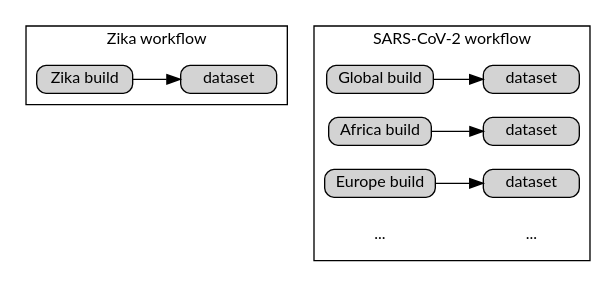
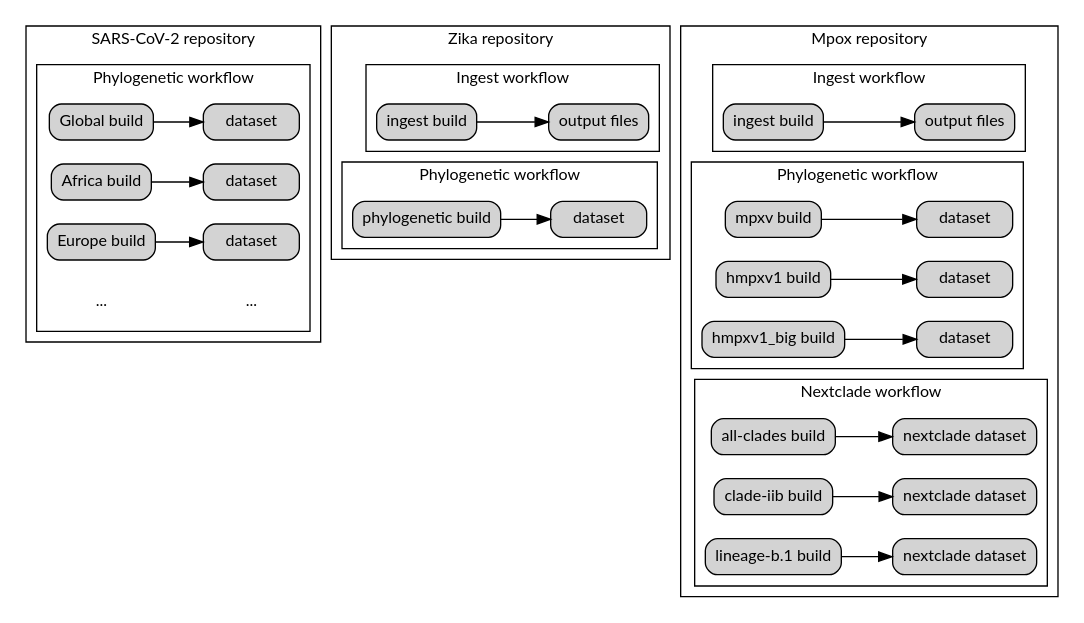
Before and after one commit to nextstrain/docs.nextstrain.org: the fifth of 5 diagrams in src/learn/parts.rst, drawn with Graphviz. The commit also changed other lines of this file and 4 other files, not shown here.

First line of the commit message:
Update glossary and graphviz for repo/workflows

```diff
--- a/src/learn/parts.rst
+++ b/src/learn/parts.rst
@@ -176,7 +185,7 @@
         graph [
             fontname="Lato, 'Helvetica Neue', sans-serif",
             fontsize=12,
-        ]
+        ];
         node [
             shape=box,
             style="rounded, filled",
@@ -184,35 +193,87 @@
             fontsize=12,
             height=0.1,
             colorscheme=paired10,
+            pad=0.1,
+            margin=0.1,
         ];
-        rankdir=LR
+        rankdir=LR;
 
-        subgraph cluster_0 {
-            label = "Zika workflow";
-            build0 [width=1, label="Zika build"]
-            dataset0 [width=1, label="dataset"]
+        subgraph cluster_ncov {
+            label = "SARS-CoV-2 repository";
+            subgraph cluster_ncov_phylo {
+                label = "Phylogenetic workflow";
+                build0 [width=1, label="Global build"];
+                build1 [width=1, label="Africa build"];
+                build2 [width=1, label="Europe build"];
+                output0 [width=1, label="dataset"];
+                output1 [width=1, label="dataset"];
+                output2 [width=1, label="dataset"];
+                ellipses1 [width=1, label="...", penwidth=0, fillcolor="white"];
+                ellipses2 [width=1, label="...", penwidth=0, fillcolor="white"];
+            }
         }
 
-        subgraph cluster_1 {
-            label = "SARS-CoV-2 workflow";
-            build1 [width=1, label="Global build"]
-            build2 [width=1, label="Africa build"]
-            build3 [width=1, label="Europe build"]
-            dataset1 [width=1, label="dataset"]
-            dataset2 [width=1, label="dataset"]
-            dataset3 [width=1, label="dataset"]
-            ellipses1 [width=1, label="...", penwidth=0, fillcolor="white"]
-            ellipses2 [width=1, label="...", penwidth=0, fillcolor="white"]
+        subgraph cluster_zika {
+            label = "Zika repository";
+            nojustify = true;
+            subgraph cluster_zika_ingest {
+                label = "Ingest workflow";
+                build3 [width=1, label="ingest build"];
+                output3 [width=1, label="output files"];
+            }
+            subgraph cluster_zika_phylo {
+                label = "Phylogenetic workflow";
+                build4 [width=1, label="phylogenetic build"];
+                output4 [width=1, label="dataset"];
+            }
         }
 
-        build0 -> dataset0
-        build1 -> dataset1
-        build2 -> dataset2
-        build3 -> dataset3
+        subgraph cluster_mpox {
+            label = "Mpox repository";
+            subgraph cluster_mpox_ingest {
+                label = "Ingest workflow";
+                build5 [width=1, label="ingest build"];
+                output5 [width=1, label="output files"];
+            }
+            subgraph cluster_mpox_phylo {
+                label = "Phylogenetic workflow";
+                build6 [width=1, label="mpxv build"];
+                build7 [width=1, label="hmpxv1 build"];
+                build8 [width=1, label="hmpxv1_big build"];
+                output6 [width=1, label="dataset"];
+                output7 [width=1, label="dataset"];
+                output8 [width=1, label="dataset"];
+
+            }
+            subgraph cluster_mpox_nextclade {
+                label = "Nextclade workflow";
+                build9 [width=1, label="all-clades build"];
+                build10 [width=1, label="clade-iib build"];
+                build11 [width=1, label="lineage-b.1 build"];
+                output9 [width=1, label="nextclade dataset"];
+                output10 [width=1, label="nextclade dataset"];
+                output11 [width=1, label="nextclade dataset"];
+
+            }
+        }
+
+        build0 -> output0;
+        build1 -> output1;
+        build2 -> output2;
+        build3 -> output3;
+        build4 -> output4;
+        build5 -> output5;
+        build6 -> output6;
+        build7 -> output7;
+        build8 -> output8;
+        build9 -> output9;
+        build10 -> output10;
+        build11 -> output11;
 
         {
-            edge[style=invis]
-            dataset0 -> build1      // arrange clusters on same row
-            ellipses1 -> ellipses2
+            edge[style=invis];
+            output0 -> build3; // arrange clusters on same row
+            output3 -> build5; // arrange clusters on same row
+            ellipses1 -> ellipses2;
         }
     }
```
